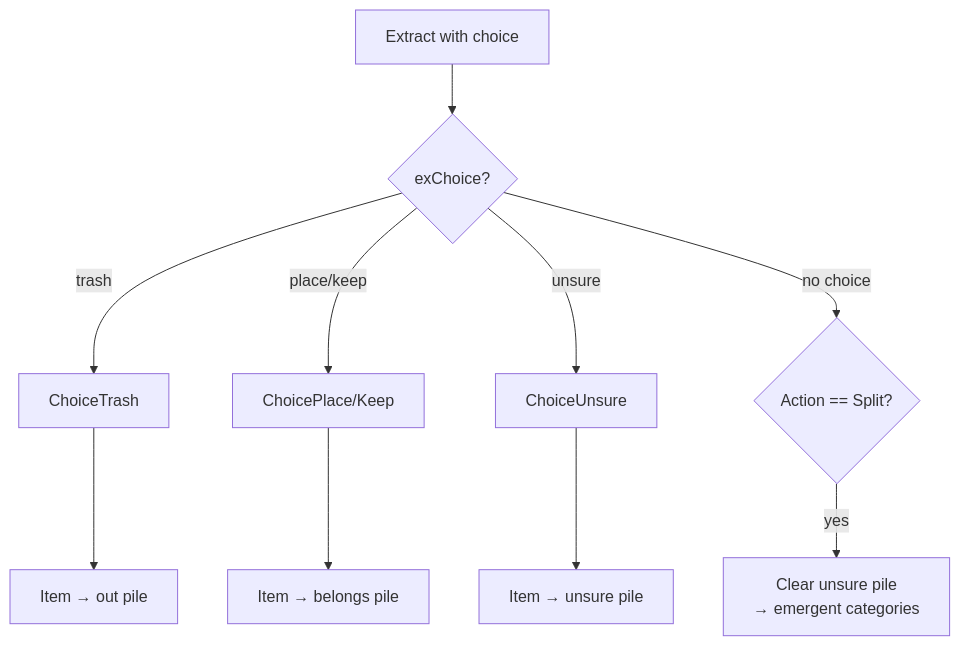
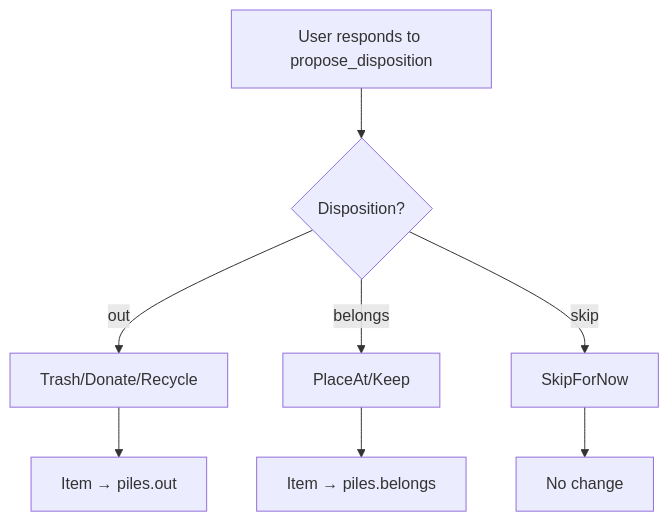
One commit to tidepool-heavy-industries/exomonad changed the seventh of 7 diagrams in src/Tidying/diagrams/data-flow.md. Above: the diagram before and after it, drawn with Mermaid. The commit also changed other lines of this file and 46 other files, not shown here.

First line of the commit message:
Refactor Tidying agent: Mode-based architecture replaces OODA loop

````diff
--- a/src/Tidying/diagrams/data-flow.md
+++ b/src/Tidying/diagrams/data-flow.md
@@ -74,20 +244,16 @@
 ```mermaid
 flowchart TD
-    A["Extract with choice"]
-    B{"exChoice?"}
-    C["ChoiceTrash"]
-    D["Item → out pile"]
-    E["ChoicePlace/Keep"]
-    F["Item → belongs pile"]
-    G["ChoiceUnsure"]
-    H["Item → unsure pile"]
-    I{"Action == Split?"}
-    J["Clear unsure pile<br/>→ emergent categories"]
+    A["User responds to propose_disposition"]
+    B{"Disposition?"}
+    C["Trash/Donate/Recycle"]
+    D["Item → piles.out"]
+    E["PlaceAt/Keep"]
+    F["Item → piles.belongs"]
+    G["SkipForNow"]
+    H["No change"]
 
     A --> B
-    B -->|trash| C --> D
-    B -->|place/keep| E --> F
-    B -->|unsure| G --> H
-    B -->|no choice| I
-    I -->|yes| J
+    B -->|out| C --> D
+    B -->|belongs| E --> F
+    B -->|skip| G --> H
 ```
````
